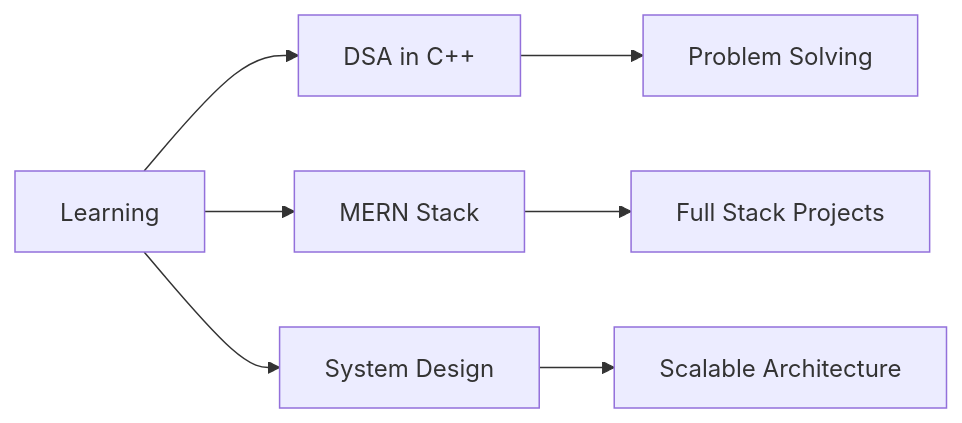
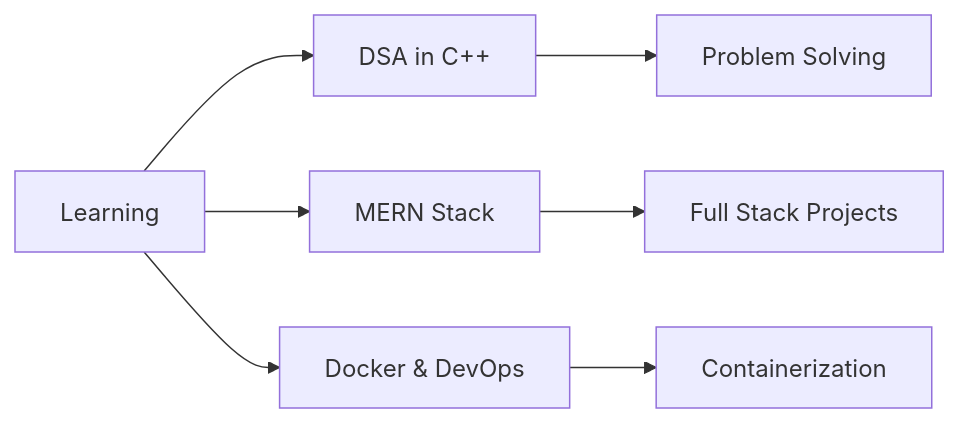
The diagram in README.md (shahidansari310/shahidansari310), drawn with Mermaid before and after one commit. The commit also changed other lines of this file, not shown here.

````diff
--- a/README.md
+++ b/README.md
@@ -160,9 +154,9 @@
 ```mermaid
 graph LR
     A[Learning] --> B[DSA in C++]
     A --> C[MERN Stack]
-    A --> D[System Design]
+    A --> D[Docker & DevOps]
     B --> E[Problem Solving]
     C --> F[Full Stack Projects]
-    D --> G[Scalable Architecture]
+    D --> G[Containerization]
 ```
````
